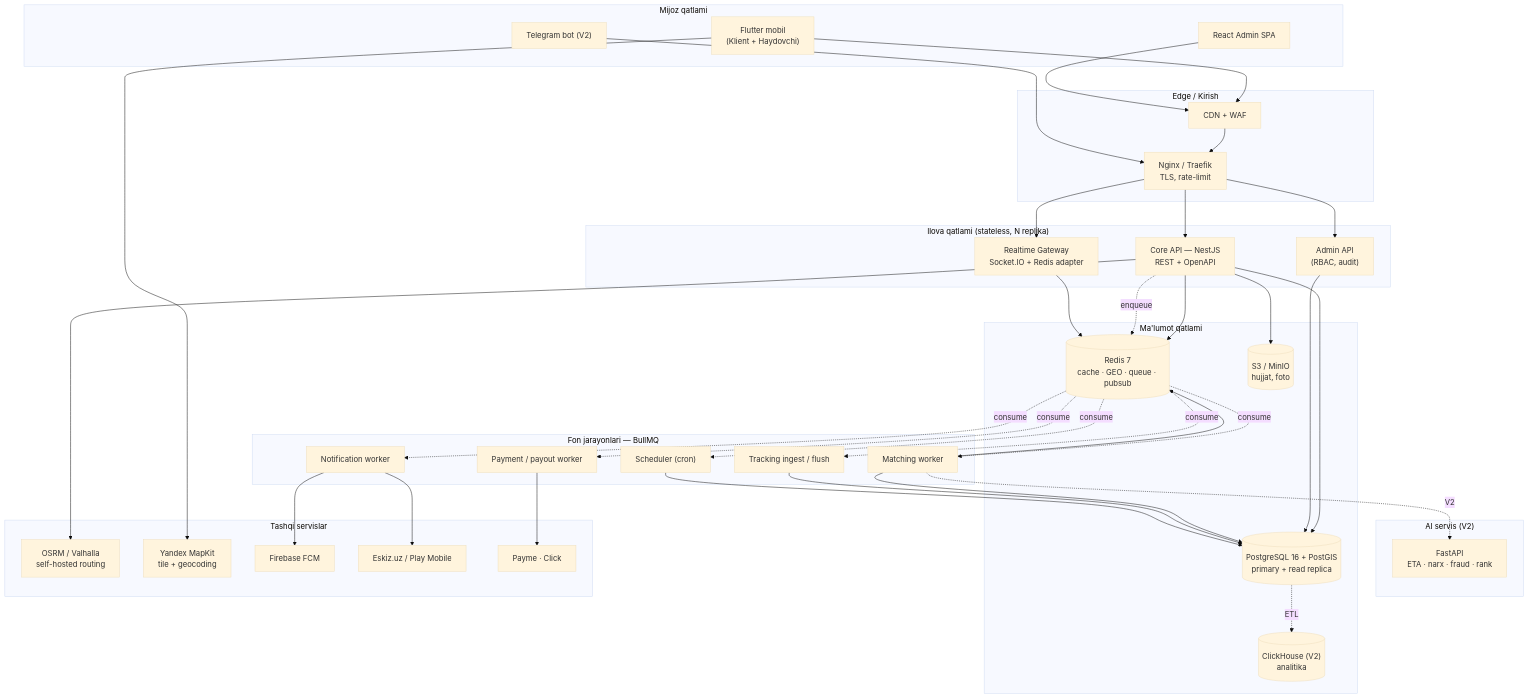
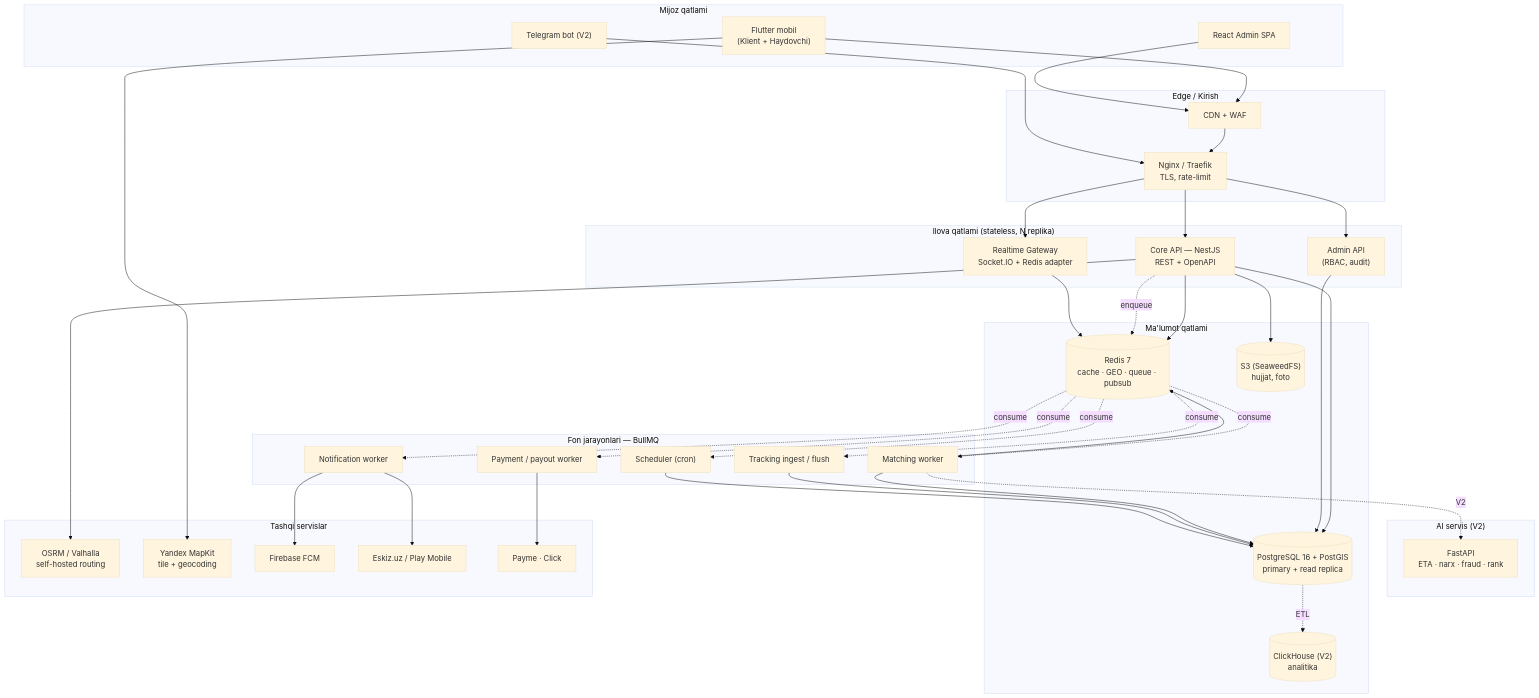
Before and after one commit to taminotchi1110-hub/Logistika-: the first of 2 diagrams in docs/04-architecture.md, drawn with Mermaid (base theme). The commit also changed other lines of this file and 17 other files, not shown here.

First line of the commit message:
fix(infra): MinIO o'rniga SeaweedFS — asosiy o'zgarishlar

````diff
--- a/docs/04-architecture.md
+++ b/docs/04-architecture.md
@@ -34,74 +34,74 @@
 ```mermaid
 flowchart TB
     subgraph Clients["Mijoz qatlami"]
         MA["Flutter mobil<br/>(Klient + Haydovchi)"]
         AW["React Admin SPA"]
         TG["Telegram bot (V2)"]
     end
 
     subgraph Edge["Edge / Kirish"]
         CDN["CDN + WAF"]
         LB["Nginx / Traefik<br/>TLS, rate-limit"]
     end
 
     subgraph App["Ilova qatlami (stateless, N replika)"]
         API["Core API — NestJS<br/>REST + OpenAPI"]
         WS["Realtime Gateway<br/>Socket.IO + Redis adapter"]
         ADM["Admin API<br/>(RBAC, audit)"]
     end
 
     subgraph Workers["Fon jarayonlari — BullMQ"]
         MW["Matching worker"]
         NW["Notification worker"]
         TW["Tracking ingest / flush"]
         PW["Payment / payout worker"]
         SW["Scheduler (cron)"]
     end
 
     subgraph AI["AI servis (V2)"]
         FA["FastAPI<br/>ETA · narx · fraud · rank"]
     end
 
     subgraph Data["Ma'lumot qatlami"]
         PG[("PostgreSQL 16 + PostGIS<br/>primary + read replica")]
         RD[("Redis 7<br/>cache · GEO · queue · pubsub")]
-        S3[("S3 / MinIO<br/>hujjat, foto")]
+        S3[("S3 (SeaweedFS)<br/>hujjat, foto")]
         CH[("ClickHouse (V2)<br/>analitika")]
     end
 
     subgraph Ext["Tashqi servislar"]
         OSRM["OSRM / Valhalla<br/>self-hosted routing"]
         YM["Yandex MapKit<br/>tile + geocoding"]
         FCM["Firebase FCM"]
         SMS["Eskiz.uz / Play Mobile"]
         PAY["Payme · Click"]
     end
 
     MA --> CDN --> LB
     AW --> CDN
     TG --> LB
     LB --> API
     LB --> WS
     LB --> ADM
 
     API --> PG
     API --> RD
     API --> S3
     API -.enqueue.-> RD
     WS --> RD
     ADM --> PG
 
     RD -.consume.-> MW & NW & TW & PW & SW
     MW --> PG
     MW --> RD
     MW -.V2.-> FA
     NW --> FCM
     NW --> SMS
     TW --> PG
     PW --> PAY
     SW --> PG
 
     API --> OSRM
     MA --> YM
     PG -.ETL.-> CH
 ```
````
